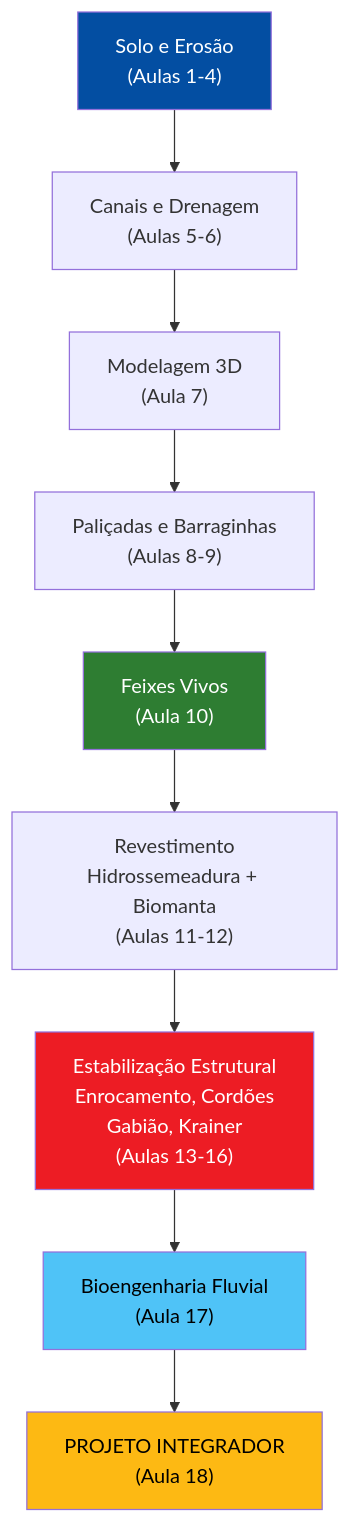
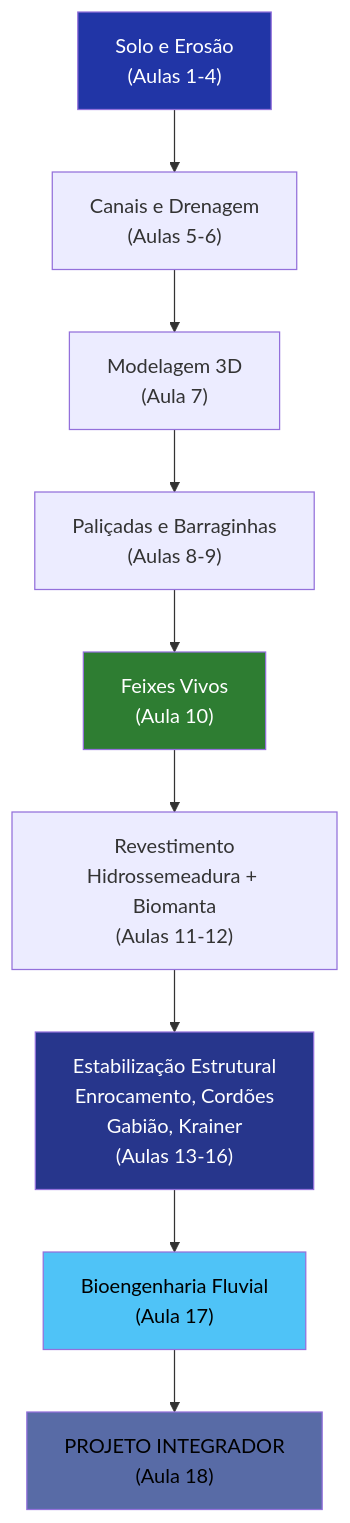
Before and after one commit to ldvsantos/cv: the seventh of 7 diagrams in aulas/bioengenharia_de_solos/aulas/projeto_integrador/projeto_integrador.qmd, drawn with Mermaid. The commit also changed other lines of this file and 466 other files, not shown here.

````diff
--- a/aulas/bioengenharia_de_solos/aulas/projeto_integrador/projeto_integrador.qmd
+++ b/aulas/bioengenharia_de_solos/aulas/projeto_integrador/projeto_integrador.qmd
@@ -613,17 +611,17 @@
 ```{mermaid}
 %%| fig-width: 5
 graph TD
     A["Solo e Erosão<br>(Aulas 1-4)"] --> B["Canais e Drenagem<br>(Aulas 5-6)"]
     B --> C["Modelagem 3D<br>(Aula 7)"]
     C --> D["Paliçadas e Barraginhas<br>(Aulas 8-9)"]
     D --> E["Feixes Vivos<br>(Aula 10)"]
     E --> F["Revestimento<br>Hidrossemeadura + Biomanta<br>(Aulas 11-12)"]
     F --> G["Estabilização Estrutural<br>Enrocamento, Cordões<br>Gabião, Krainer<br>(Aulas 13-16)"]
     G --> H["Bioengenharia Fluvial<br>(Aula 17)"]
     H --> I["PROJETO INTEGRADOR<br>(Aula 18)"]
-    style A fill:#034EA2,color:#fff
+    style A fill:#2135A6,color:#fff
     style E fill:#2E7D32,color:#fff
-    style G fill:#ED1C24,color:#fff
+    style G fill:#27368C,color:#fff
     style H fill:#4FC3F7,color:#000
-    style I fill:#FDB913,color:#000
+    style I fill:#586BA6,color:#000
 ```
````
